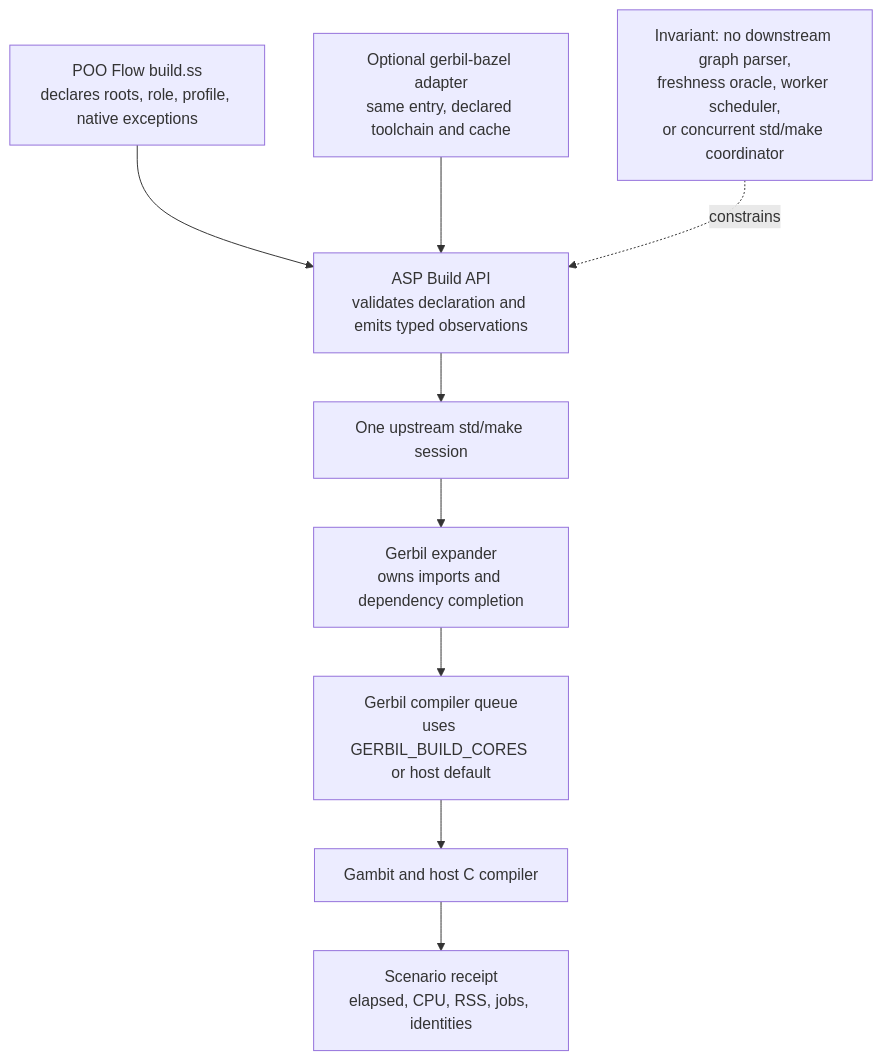
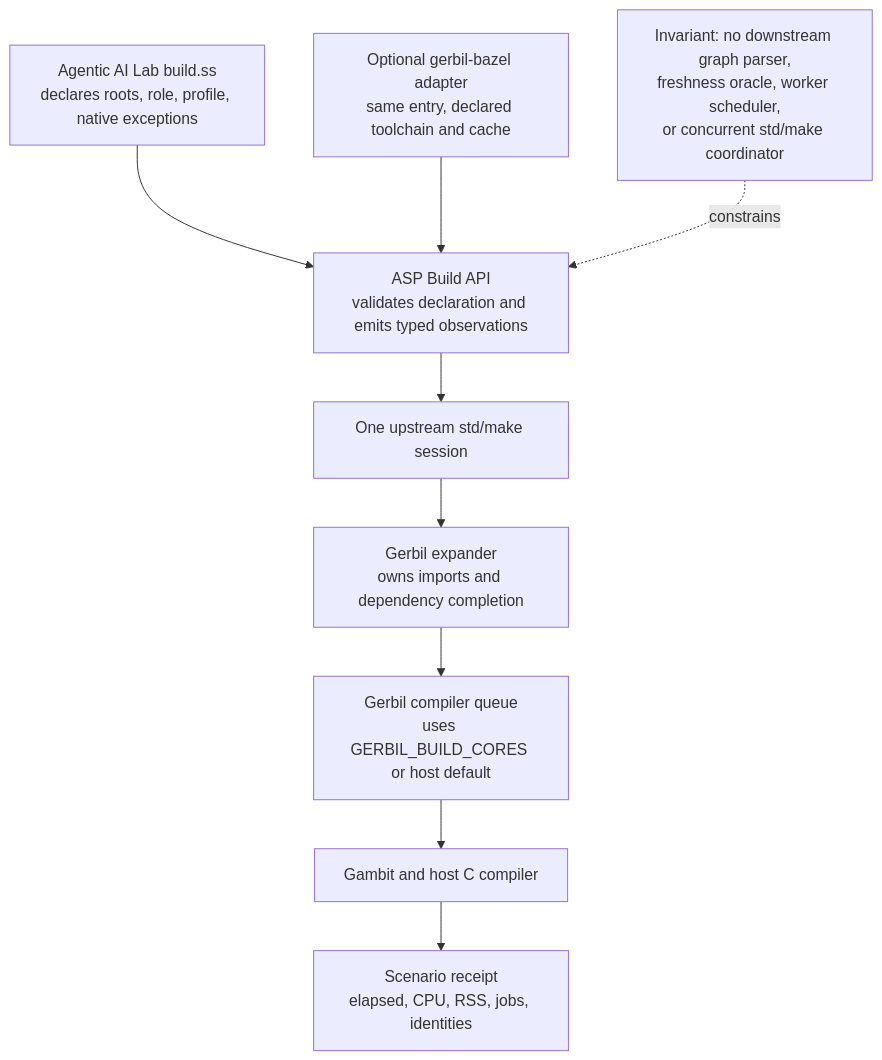
The diagram in module-system/design/147-adaptive-scheme-build-guard/08-single-executor-control-flow.org (tao3k/gebril-yuanxu), drawn with Mermaid before and after one commit. The commit also changed other lines of this file and 507 other files, not shown here.

```diff
--- a/module-system/design/147-adaptive-scheme-build-guard/08-single-executor-control-flow.org
+++ b/module-system/design/147-adaptive-scheme-build-guard/08-single-executor-control-flow.org
@@ -7,15 +7,15 @@
 #+begin_src mermaid
 flowchart TD
-  E["POO Flow build.ss<br/>declares roots, role, profile, native exceptions"]
+  E["Agentic AI Lab build.ss<br/>declares roots, role, profile, native exceptions"]
   A["ASP Build API<br/>validates declaration and emits typed observations"]
   M["One upstream std/make session"]
   I["Gerbil expander<br/>owns imports and dependency completion"]
   Q["Gerbil compiler queue<br/>uses GERBIL_BUILD_CORES or host default"]
   G["Gambit and host C compiler"]
   R["Scenario receipt<br/>elapsed, CPU, RSS, jobs, identities"]
   B["Optional gerbil-bazel adapter<br/>same entry, declared toolchain and cache"]
 
   E --> A --> M --> I --> Q --> G --> R
   B --> A
   Z["Invariant: no downstream graph parser,<br/>freshness oracle, worker scheduler,<br/>or concurrent std/make coordinator"] -. constrains .-> A
 #+end_src
```
